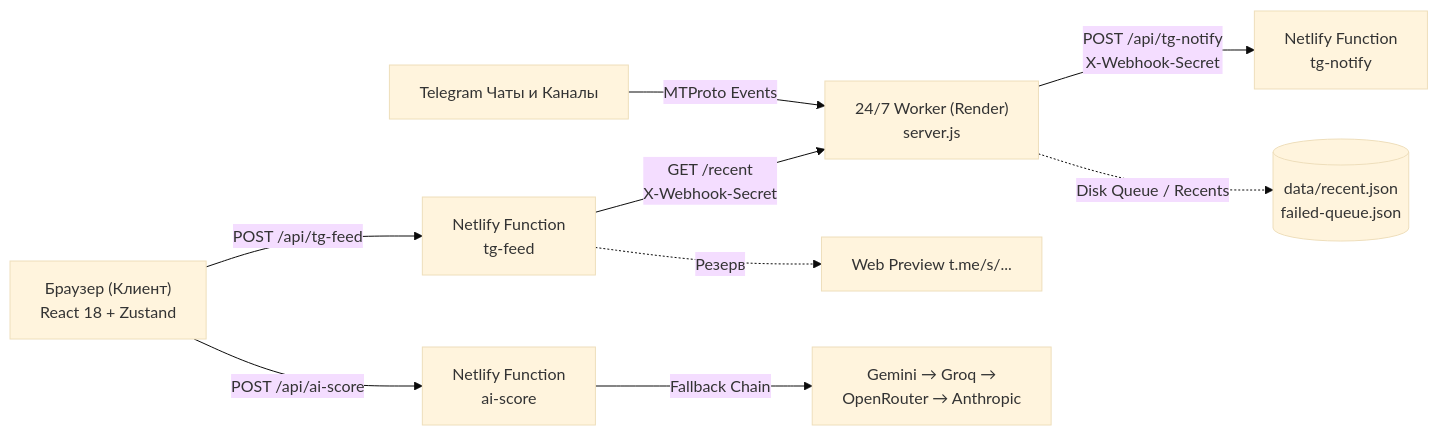
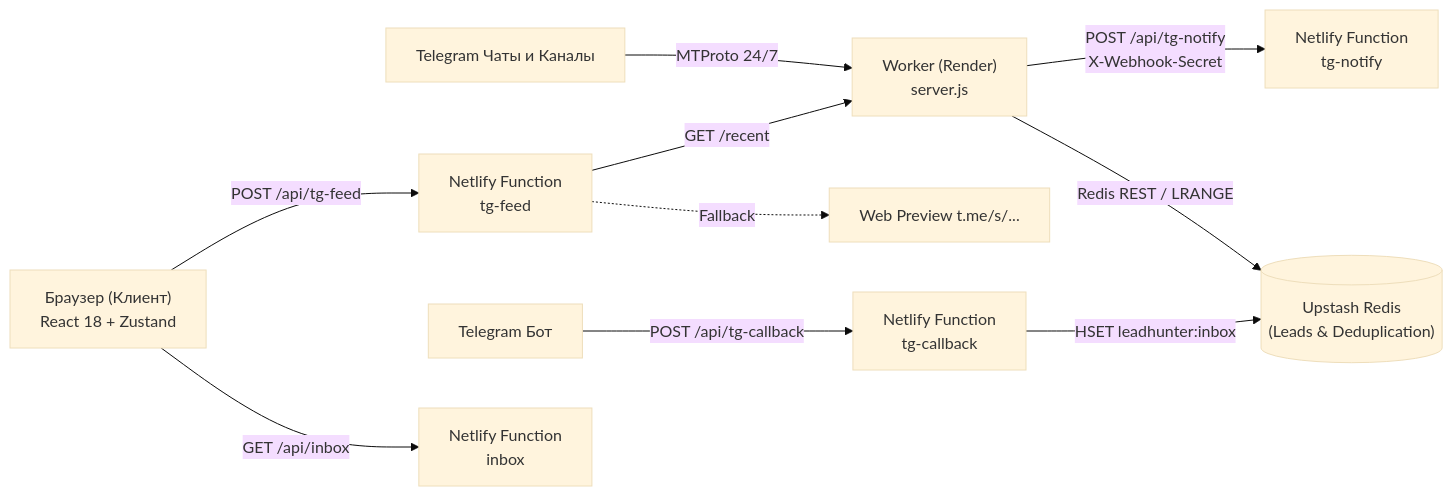
One commit to wataee/leadhunter-worker changed the diagram in README.md. Above: the diagram before and after it, drawn with Mermaid (base theme). The commit also changed other lines of this file and 4 other files, not shown here.

````diff
--- a/README.md
+++ b/README.md
@@ -9,13 +9,14 @@
 ```mermaid
 flowchart LR
-    TG["Telegram Чаты и Каналы"] -->|MTProto Events| Worker["24/7 Worker (Render)\nserver.js"]
+    TG["Telegram Чаты и Каналы"] -->|MTProto 24/7| Worker["Worker (Render)\nserver.js"]
     Worker -->|POST /api/tg-notify\nX-Webhook-Secret| NetlifyNotify["Netlify Function\ntg-notify"]
-    Worker -.->|Disk Queue / Recents| DataDisk[("data/recent.json\nfailed-queue.json")]
+    Worker -->|Redis REST / LRANGE| Redis[("Upstash Redis\n(Leads & Deduplication)")]
     
     WebBrowser["Браузер (Клиент)\nReact 18 + Zustand"] -->|POST /api/tg-feed| NetlifyFeed["Netlify Function\ntg-feed"]
-    NetlifyFeed -->|GET /recent\nX-Webhook-Secret| Worker
-    NetlifyFeed -.->|Резерв| TGScrape["Web Preview t.me/s/..."]
+    NetlifyFeed -->|GET /recent| Worker
+    NetlifyFeed -.->|Fallback| TGScrape["Web Preview t.me/s/..."]
     
-    WebBrowser -->|POST /api/ai-score| AIScore["Netlify Function\nai-score"]
-    AIScore -->|Fallback Chain| AICall["Gemini → Groq →\nOpenRouter → Anthropic"]
+    BotUser["Telegram Бот"] -->|POST /api/tg-callback| NetlifyCallback["Netlify Function\ntg-callback"]
+    NetlifyCallback -->|HSET leadhunter:inbox| Redis
+    WebBrowser -->|GET /api/inbox| NetlifyInbox["Netlify Function\ninbox"]
 ```
````
